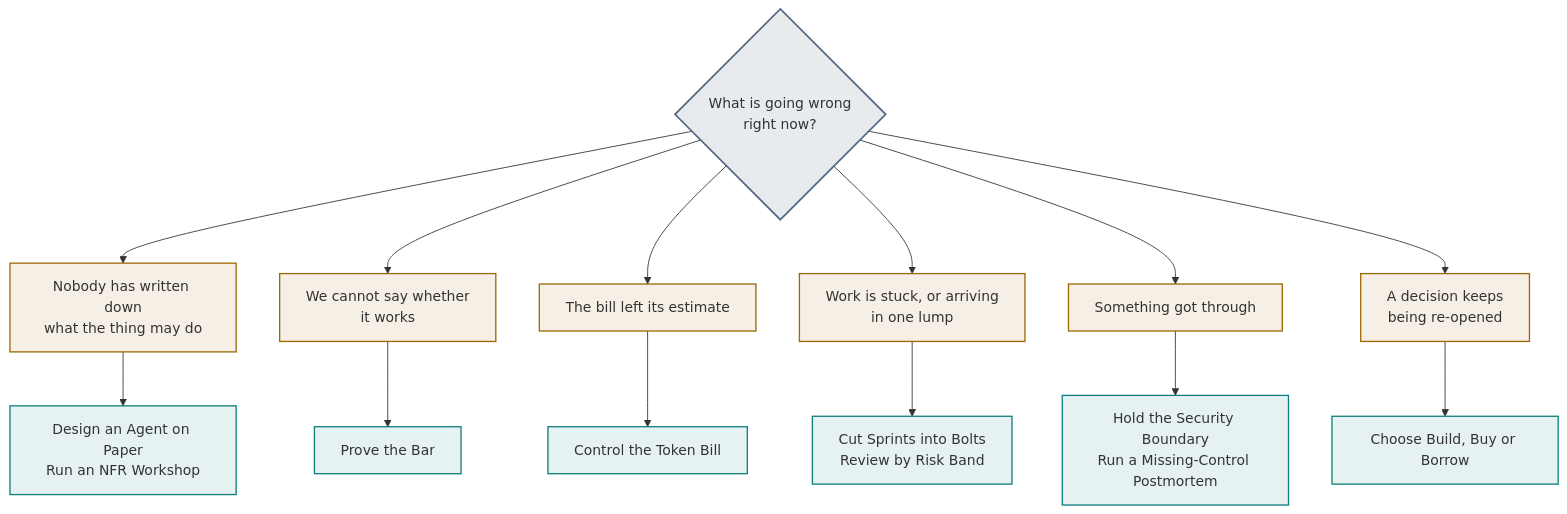
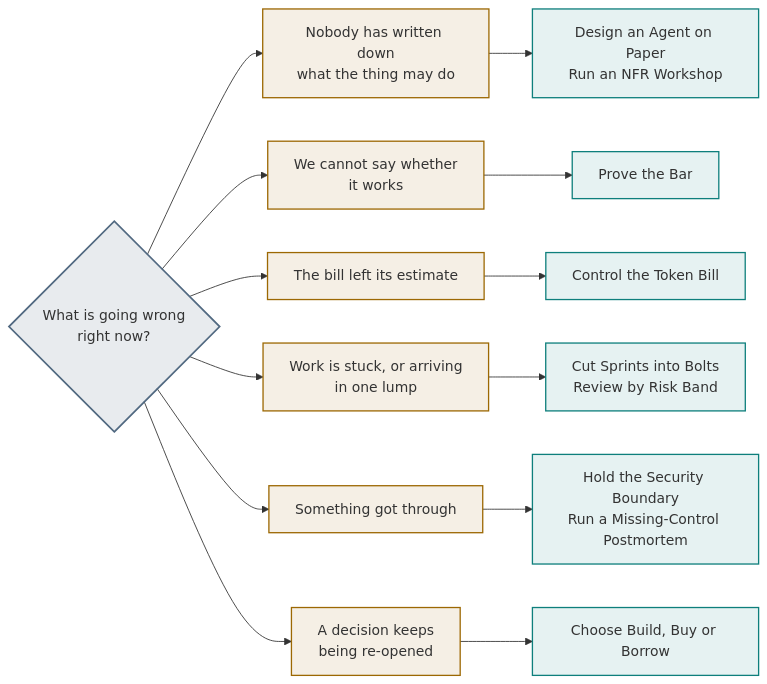
One commit to akash-coded/aws-bedrock-agentcore-strands changed the diagram in wiki/Where-do-I-find-it.md. Above: the diagram before and after it, drawn with Mermaid. The commit also changed 4 other files, not shown here.

First line of the commit message:
Five wiki diagrams were too wide to read on GitHub

````diff
--- a/wiki/Where-do-I-find-it.md
+++ b/wiki/Where-do-I-find-it.md
@@ -52,21 +52,21 @@
 ```mermaid
-flowchart TD
+flowchart LR
   Q{"What is going wrong<br/>right now?"} --> A["Nobody has written down<br/>what the thing may do"]
   Q --> B["We cannot say whether<br/>it works"]
   Q --> C["The bill left its estimate"]
   Q --> D["Work is stuck, or arriving<br/>in one lump"]
   Q --> E["Something got through"]
   Q --> F["A decision keeps<br/>being re-opened"]
   A --> A1["Design an Agent on Paper<br/>Run an NFR Workshop"]
   B --> B1["Prove the Bar"]
   C --> C1["Control the Token Bill"]
   D --> D1["Cut Sprints into Bolts<br/>Review by Risk Band"]
   E --> E1["Hold the Security Boundary<br/>Run a Missing-Control Postmortem"]
   F --> F1["Choose Build, Buy or Borrow"]
   classDef q fill:#51698122,stroke:#516981,stroke-width:2px
   classDef sym fill:#9C68031A,stroke:#9C6803,stroke-width:1.5px
   classDef out fill:#0E7F7C1A,stroke:#0E7F7C,stroke-width:1.5px
   class Q q
   class A,B,C,D,E,F sym
   class A1,B1,C1,D1,E1,F1 out
 ```
````
